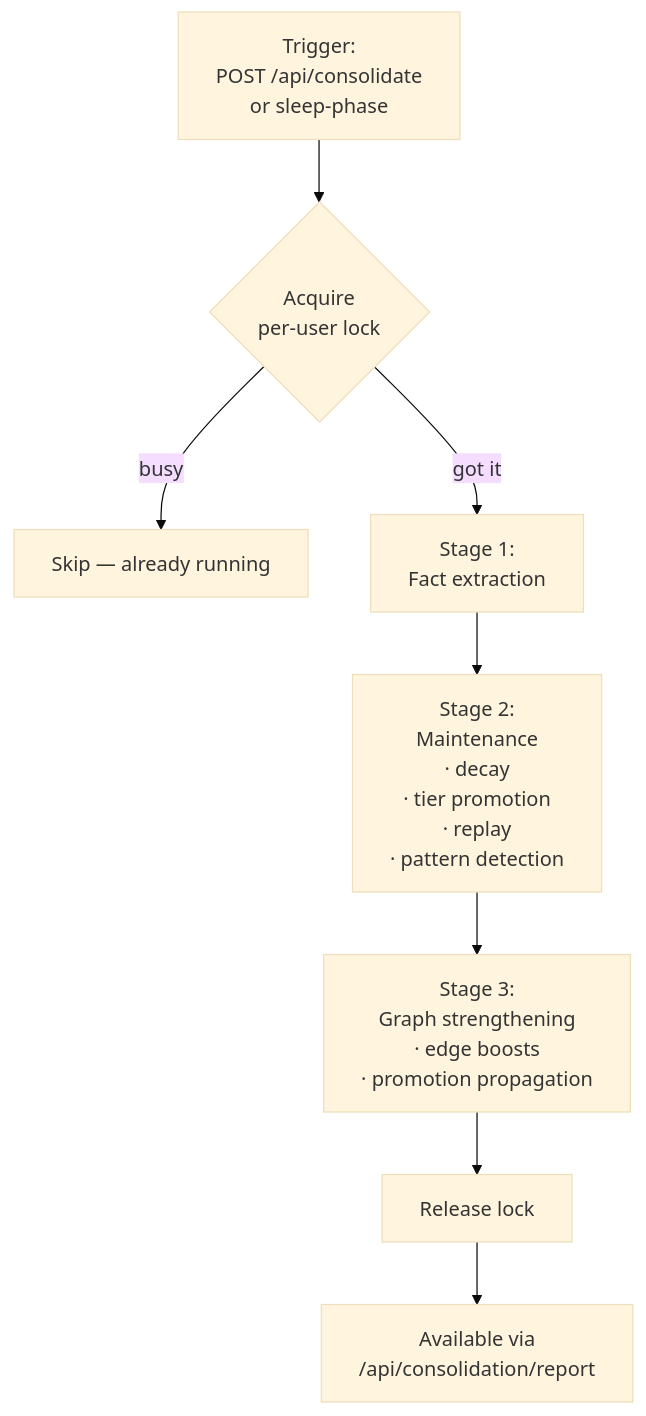
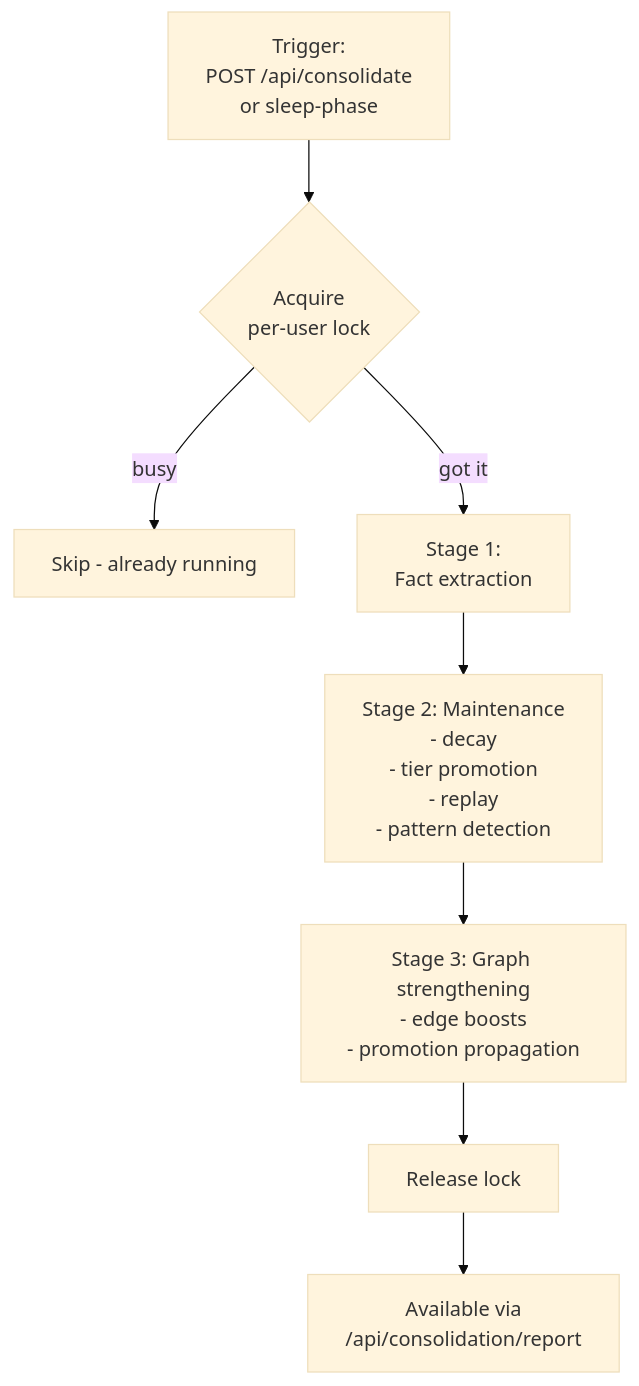
The diagram in docs/src/architecture/consolidation.md (Portll/veld), drawn with Mermaid (base theme) before and after one commit. The commit also changed 25 other files, not shown here.

````diff
--- a/docs/src/architecture/consolidation.md
+++ b/docs/src/architecture/consolidation.md
@@ -10,10 +10,10 @@
 ```mermaid
 flowchart TB
-    T[Trigger:<br/>POST /api/consolidate<br/>or sleep-phase] --> LK{Acquire<br/>per-user lock}
-    LK -->|busy| SKIP[Skip — already running]
-    LK -->|got it| S1[Stage 1:<br/>Fact extraction]
-    S1 --> S2[Stage 2:<br/>Maintenance<br/>· decay<br/>· tier promotion<br/>· replay<br/>· pattern detection]
-    S2 --> S3[Stage 3:<br/>Graph strengthening<br/>· edge boosts<br/>· promotion propagation]
-    S3 --> REL[Release lock]
-    REL --> RPT[Available via<br/>/api/consolidation/report]
+    T["Trigger:<br/>POST /api/consolidate<br/>or sleep-phase"] --> LK{"Acquire<br/>per-user lock"}
+    LK -->|busy| SKIP["Skip - already running"]
+    LK -->|got it| S1["Stage 1:<br/>Fact extraction"]
+    S1 --> S2["Stage 2: Maintenance<br/>- decay<br/>- tier promotion<br/>- replay<br/>- pattern detection"]
+    S2 --> S3["Stage 3: Graph strengthening<br/>- edge boosts<br/>- promotion propagation"]
+    S3 --> REL["Release lock"]
+    REL --> RPT["Available via<br/>/api/consolidation/report"]
 ```
````
